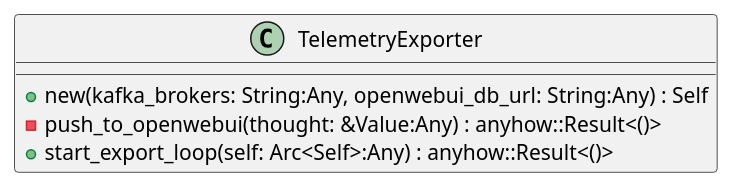
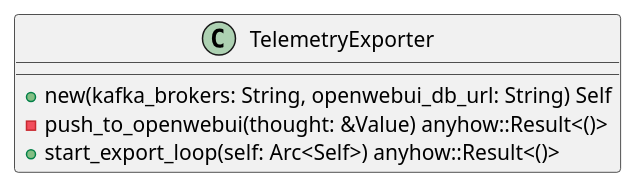
One commit to lgcorzo/rust_CACD_autonomous_factory changed the first of 6 diagrams in openwiki/crates_factory_application_src_telemetry_export.md. Above: the diagram before and after it, drawn with PlantUML. The commit also changed other lines of this file and 97 other files, not shown here.

First line of the commit message:
Fix Rust AST parsing for method and function parameters, and update OKF UML frontmatter

````diff
--- a/openwiki/crates_factory_application_src_telemetry_export.md
+++ b/openwiki/crates_factory_application_src_telemetry_export.md
@@ -101,10 +106,10 @@
 ```plantuml
 @startuml
 class TelemetryExporter {
-    +new(kafka_brokers: String:Any, openwebui_db_url: String:Any) : Self
-    -push_to_openwebui(thought: &Value:Any) : anyhow::Result<()>
-    +start_export_loop(self: Arc<Self>:Any) : anyhow::Result<()>
+    +new(kafka_brokers: String, openwebui_db_url: String) Self
+    -push_to_openwebui(thought: &Value) anyhow::Result<()>
+    +start_export_loop(self: Arc<Self>) anyhow::Result<()>
 }
 @enduml
 
 ```
````
